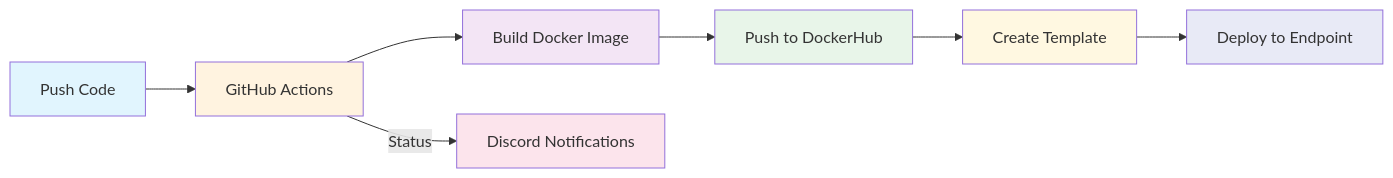
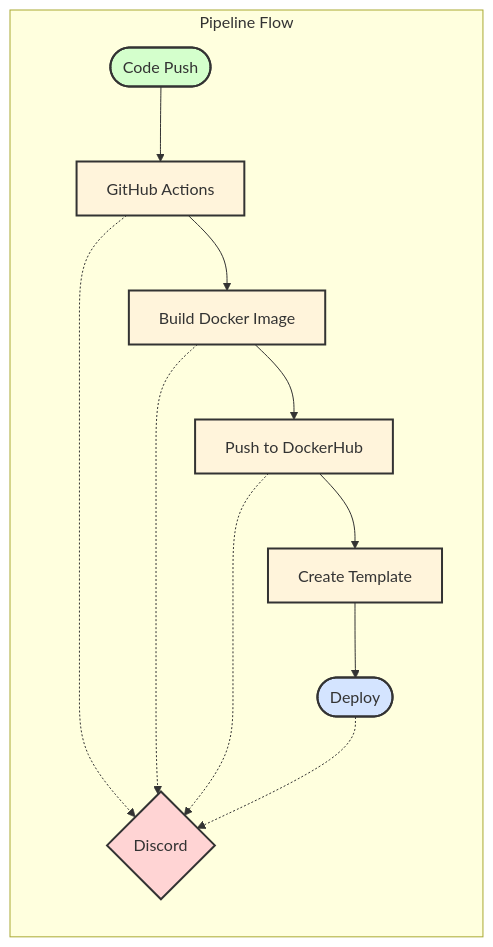
One commit to devs-hooked/start-here changed the first of 2 diagrams in README.md. Above: the diagram before and after it, drawn with Mermaid. The commit also changed other lines of this file, not shown here.

````diff
--- a/README.md
+++ b/README.md
@@ -37,16 +37,24 @@
 ```mermaid
-graph LR
-    A[Push Code] --> B[GitHub Actions]
+flowchart LR
+    subgraph Pipeline Flow
+    A([Code Push]) --> B[GitHub Actions]
     B --> C[Build Docker Image]
     C --> D[Push to DockerHub]
     D --> E[Create Template]
-    E --> F[Deploy to Endpoint]
-    B -- Status --> G[Discord Notifications]
-    style A fill:#e1f5fe
-    style B fill:#fff3e0
-    style C fill:#f3e5f5
-    style D fill:#e8f5e9
-    style E fill:#fff8e1
-    style F fill:#e8eaf6
-    style G fill:#fce4ec
+    E --> F([Deploy])
+    B -.-> G{Discord}
+    C -.-> G
+    D -.-> G
+    F -.-> G
+    end
+    
+    classDef start fill:#d4ffcc,stroke:#333,stroke-width:2px
+    classDef process fill:#fff4db,stroke:#333,stroke-width:2px
+    classDef notify fill:#ffd4d4,stroke:#333,stroke-width:2px
+    classDef deploy fill:#d4e4ff,stroke:#333,stroke-width:2px
+    
+    class A start
+    class B,C,D,E process
+    class G notify
+    class F deploy
 ```
````
